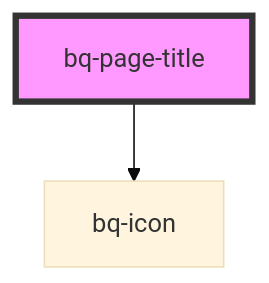
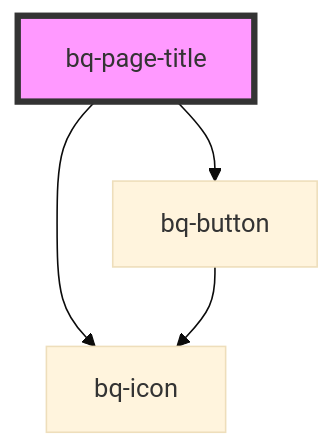
The diagram in packages/beeq/src/components/page-title/readme.md (Endava/BEEQ), drawn with Mermaid (base theme) before and after one commit. The commit also changed other lines of this file and 6 other files, not shown here.

````diff
--- a/packages/beeq/src/components/page-title/readme.md
+++ b/packages/beeq/src/components/page-title/readme.md
@@ -36,5 +37,7 @@
 ```mermaid
 graph TD;
+  bq-page-title --> bq-button
   bq-page-title --> bq-icon
+  bq-button --> bq-icon
   style bq-page-title fill:#f9f,stroke:#333,stroke-width:4px
 ```
````
